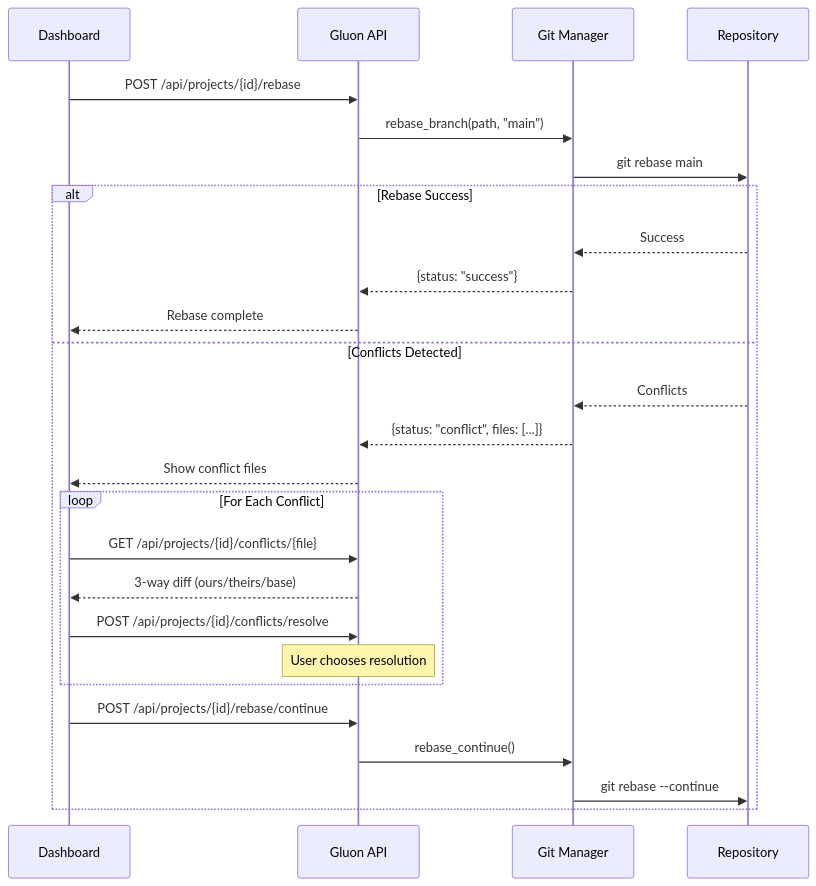
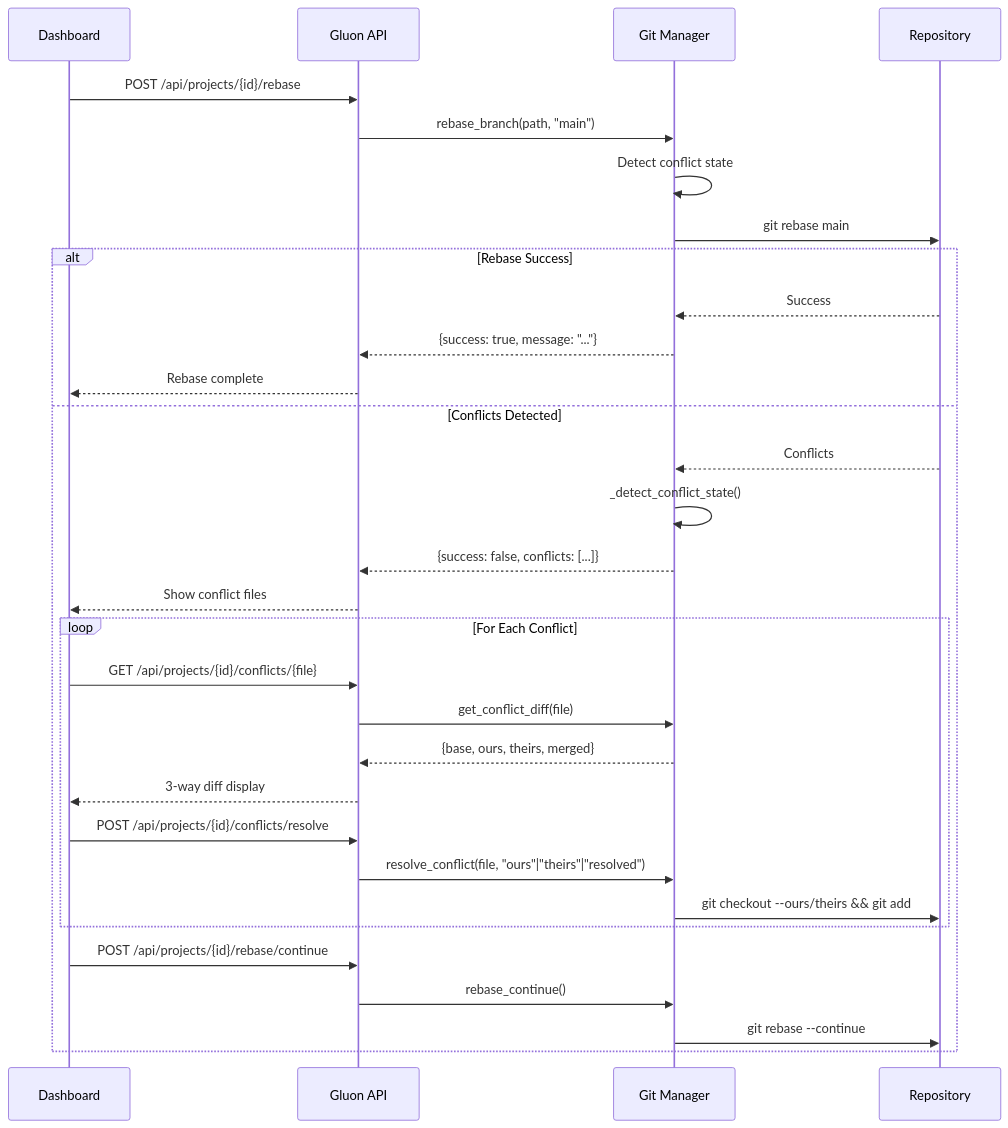
One commit to carrotly-ai/gluon-agent changed the fifth of 7 diagrams in docs/GIT-OPERATIONS.md. Above: the diagram before and after it, drawn with Mermaid. The commit also changed other lines of this file and 7 other files, not shown here.

````diff
--- a/docs/GIT-OPERATIONS.md
+++ b/docs/GIT-OPERATIONS.md
@@ -224,33 +254,38 @@
 ```mermaid
 sequenceDiagram
     participant UI as Dashboard
     participant API as Gluon API
     participant Git as Git Manager
     participant Repo as Repository
 
     UI->>API: POST /api/projects/{id}/rebase
     API->>Git: rebase_branch(path, "main")
+    Git->>Git: Detect conflict state
     Git->>Repo: git rebase main
 
     alt Rebase Success
         Repo-->>Git: Success
-        Git-->>API: {status: "success"}
+        Git-->>API: {success: true, message: "..."}
         API-->>UI: Rebase complete
     else Conflicts Detected
         Repo-->>Git: Conflicts
-        Git-->>API: {status: "conflict", files: [...]}
+        Git->>Git: _detect_conflict_state()
+        Git-->>API: {success: false, conflicts: [...]}
         API-->>UI: Show conflict files
 
         loop For Each Conflict
             UI->>API: GET /api/projects/{id}/conflicts/{file}
-            API-->>UI: 3-way diff (ours/theirs/base)
+            API->>Git: get_conflict_diff(file)
+            Git-->>API: {base, ours, theirs, merged}
+            API-->>UI: 3-way diff display
 
             UI->>API: POST /api/projects/{id}/conflicts/resolve
-            Note over API: User chooses resolution
+            API->>Git: resolve_conflict(file, "ours"|"theirs"|"resolved")
+            Git->>Repo: git checkout --ours/theirs && git add
         end
 
         UI->>API: POST /api/projects/{id}/rebase/continue
         API->>Git: rebase_continue()
         Git->>Repo: git rebase --continue
     end
 ```
````
